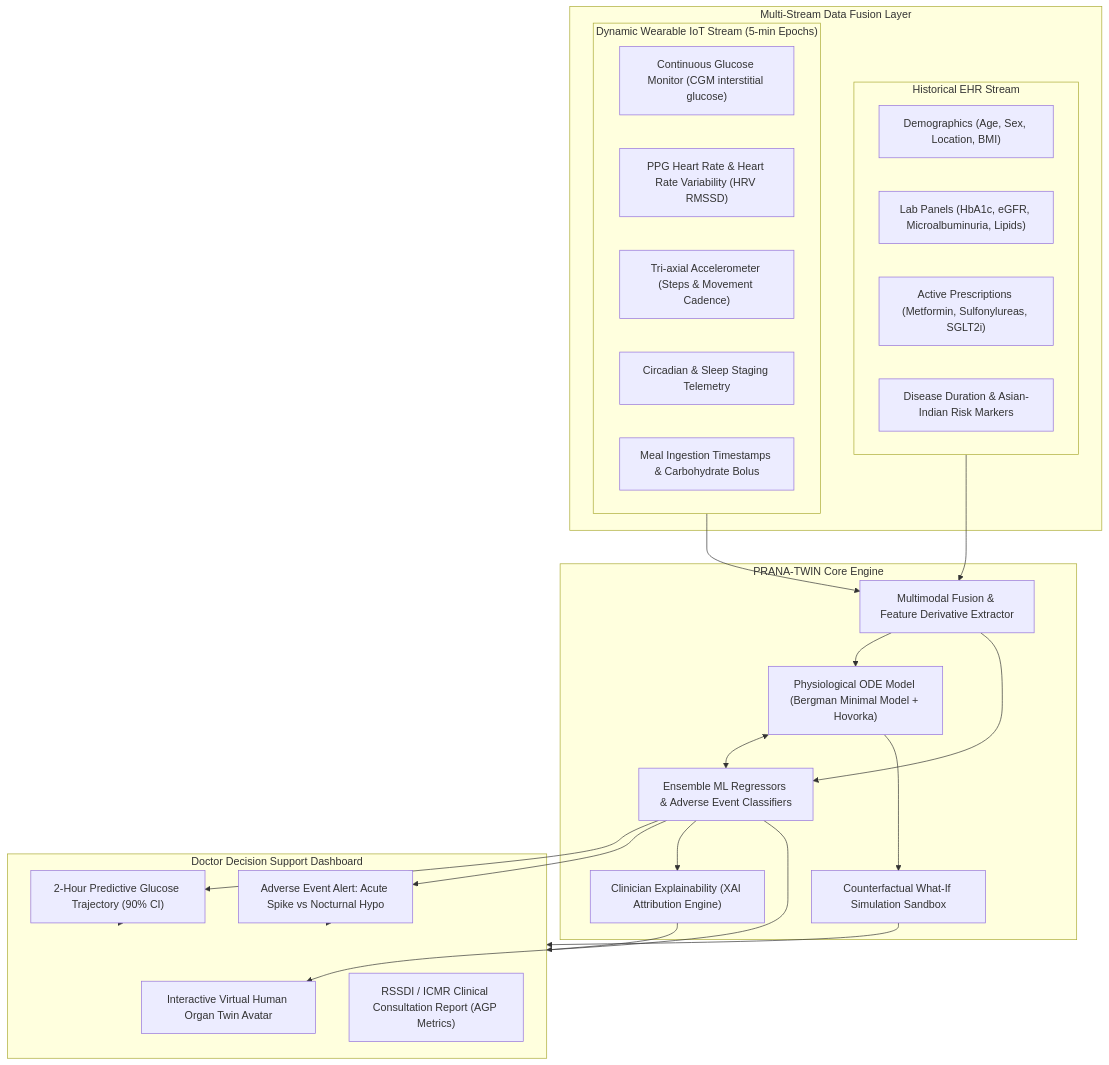
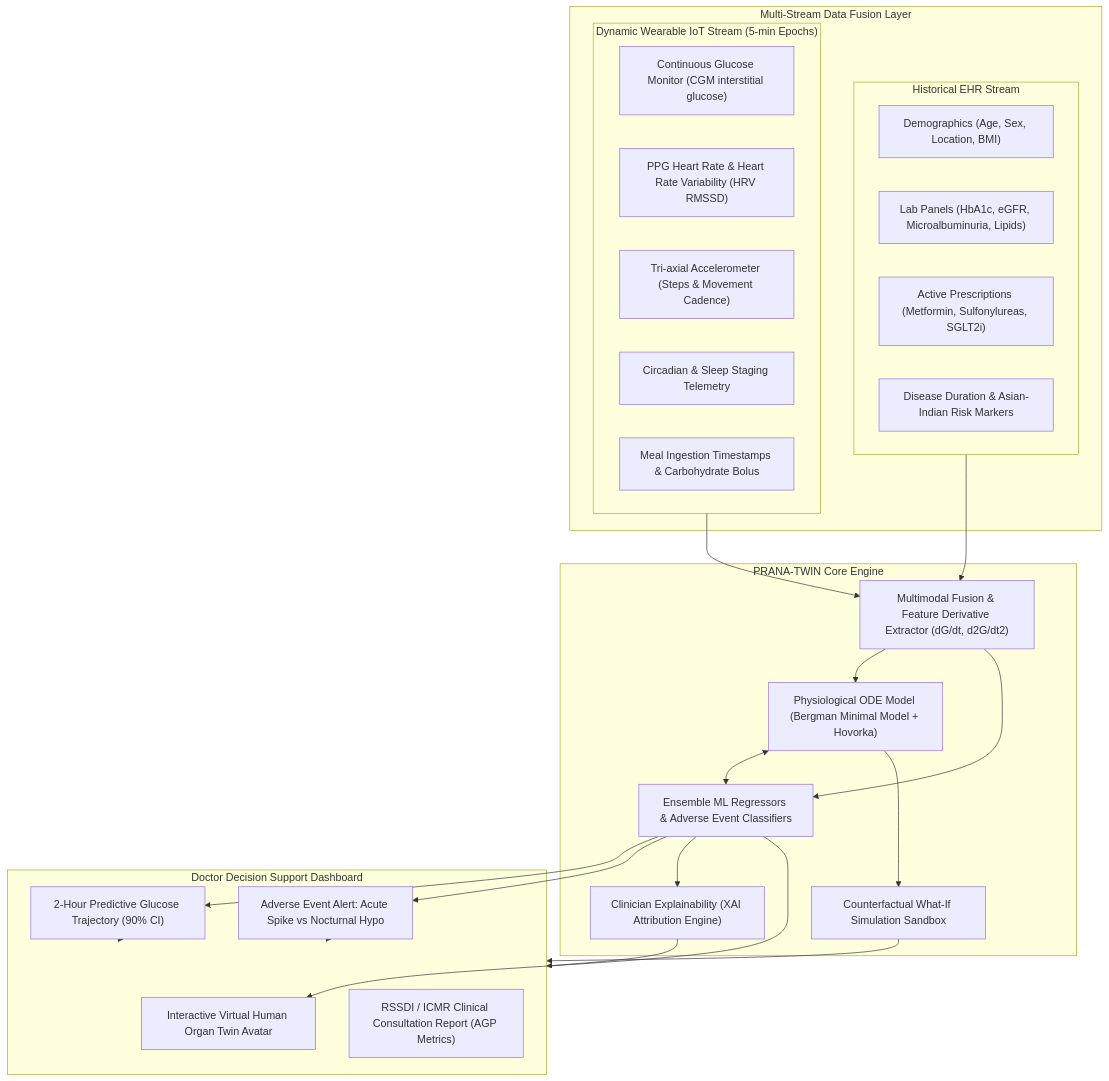
One commit to Rohit7824567/Twin_challenge changed the diagram in README.md. Above: the diagram before and after it, drawn with Mermaid. The commit also changed other lines of this file and 6 other files, not shown here.

Commit message:
Add official Summit presentation, architecture diagrams (PDF/PPTX), MIT license, and updated README with team details

````diff
--- a/README.md
+++ b/README.md
@@ -24,48 +69,48 @@
 ```mermaid
 flowchart TD
     subgraph DataStreams["Multi-Stream Data Fusion Layer"]
         subgraph StaticEHR["Historical EHR Stream"]
             EHR1["Demographics (Age, Sex, Location, BMI)"]
             EHR2["Lab Panels (HbA1c, eGFR, Microalbuminuria, Lipids)"]
             EHR3["Active Prescriptions (Metformin, Sulfonylureas, SGLT2i)"]
             EHR4["Disease Duration & Asian-Indian Risk Markers"]
         end
         subgraph DynamicIoT["Dynamic Wearable IoT Stream (5-min Epochs)"]
             W1["Continuous Glucose Monitor (CGM interstitial glucose)"]
             W2["PPG Heart Rate & Heart Rate Variability (HRV RMSSD)"]
             W3["Tri-axial Accelerometer (Steps & Movement Cadence)"]
             W4["Circadian & Sleep Staging Telemetry"]
             W5["Meal Ingestion Timestamps & Carbohydrate Bolus"]
         end
     end
 
     subgraph TwinCore["PRANA-TWIN Core Engine"]
-        FUSION["Multimodal Fusion & Feature Derivative Extractor"]
+        FUSION["Multimodal Fusion & Feature Derivative Extractor (dG/dt, d2G/dt2)"]
         ODE["Physiological ODE Model (Bergman Minimal Model + Hovorka)"]
         ML["Ensemble ML Regressors & Adverse Event Classifiers"]
         WHATIF["Counterfactual What-If Simulation Sandbox"]
         XAI["Clinician Explainability (XAI Attribution Engine)"]
     end
 
     subgraph ClinicalOutputs["Doctor Decision Support Dashboard"]
         PRED["2-Hour Predictive Glucose Trajectory (90% CI)"]
         ALERTS["Adverse Event Alert: Acute Spike vs Nocturnal Hypo"]
         ORGAN["Interactive Virtual Human Organ Twin Avatar"]
         REPORT["RSSDI / ICMR Clinical Consultation Report (AGP Metrics)"]
     end
 
     StaticEHR --> FUSION
     DynamicIoT --> FUSION
     FUSION --> ODE
     FUSION --> ML
     ODE <--> ML
     ML --> PRED
     ML --> ALERTS
     ML --> XAI
     ODE --> WHATIF
     ML --> ORGAN
     PRED --> ClinicalOutputs
     WHATIF --> ClinicalOutputs
     XAI --> ClinicalOutputs
     ALERTS --> ClinicalOutputs
 ```
````
